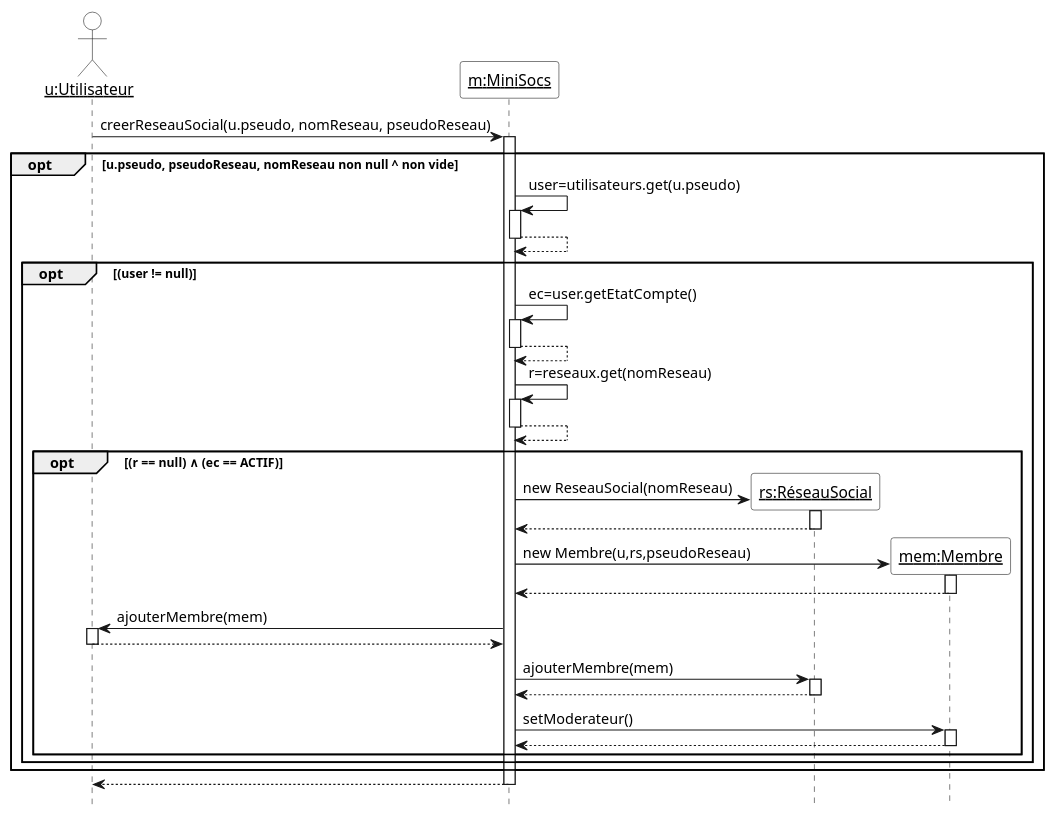
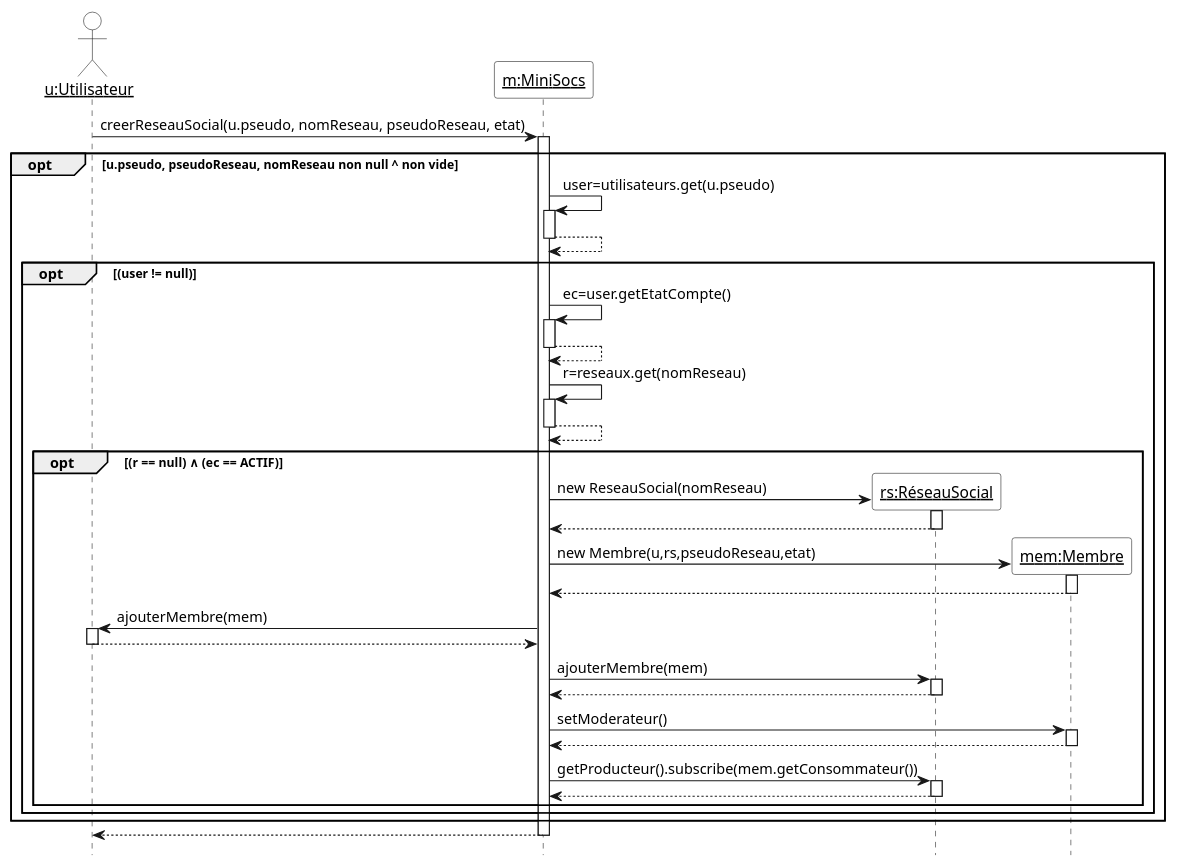
The diagram in Diagrammes/minisocs_uml_diag_seq_creer_reseau.pu (ThELud0/Minisocs), drawn with PlantUML before and after one commit. The commit also changed 12 other files, not shown here.

Commit message:
diagramme classe et sequence

```diff
--- a/Diagrammes/minisocs_uml_diag_seq_creer_reseau.pu
+++ b/Diagrammes/minisocs_uml_diag_seq_creer_reseau.pu
@@ -1,46 +1,46 @@
 @startuml
 
 'Diagramme de séquence (PlantUML)'
 
 'Configuration charte graphique'
 hide footbox
 skinparam sequenceParticipantBackgroundColor White
 skinparam sequenceActorBackgroundColor White
 
 'Déclaration des acteurs et des participants (déjà existants avant la séquence)'
 
 actor "__u:Utilisateur__" as u
 participant "__m:MiniSocs__" as m 
 
 'Séquence avec les messages, les créations de participants, etc.'
 
-u -> m ++ : creerReseauSocial(u.pseudo, nomReseau, pseudoReseau)
+u -> m ++ : creerReseauSocial(u.pseudo, nomReseau, pseudoReseau, etat)
 opt u.pseudo, pseudoReseau, nomReseau non null ^ non vide
 m -> m ++ : user=utilisateurs.get(u.pseudo)
 return
 opt (user != null)
 m -> m ++ : ec=user.getEtatCompte()
 return
 m -> m ++ : r=reseaux.get(nomReseau)
 return
 opt (r == null) ∧ (ec == ACTIF)
 create "__rs:RéseauSocial__" as rs
 m -> rs ++ : new ReseauSocial(nomReseau)
 return
 create "__mem:Membre__" as mem
-m -> mem ++ : new Membre(u,rs,pseudoReseau)
+m -> mem ++ : new Membre(u,rs,pseudoReseau,etat)
 return
 m -> u ++ : ajouterMembre(mem)
 return
 m -> rs ++ : ajouterMembre(mem)
 return
 m -> "__mem:Membre__" as mem ++ : setModerateur()
 return
-
-
+m -> rs ++ : getProducteur().subscribe(mem.getConsommateur())
+return
 
 end
 end
 end
 return
 @enduml
```
